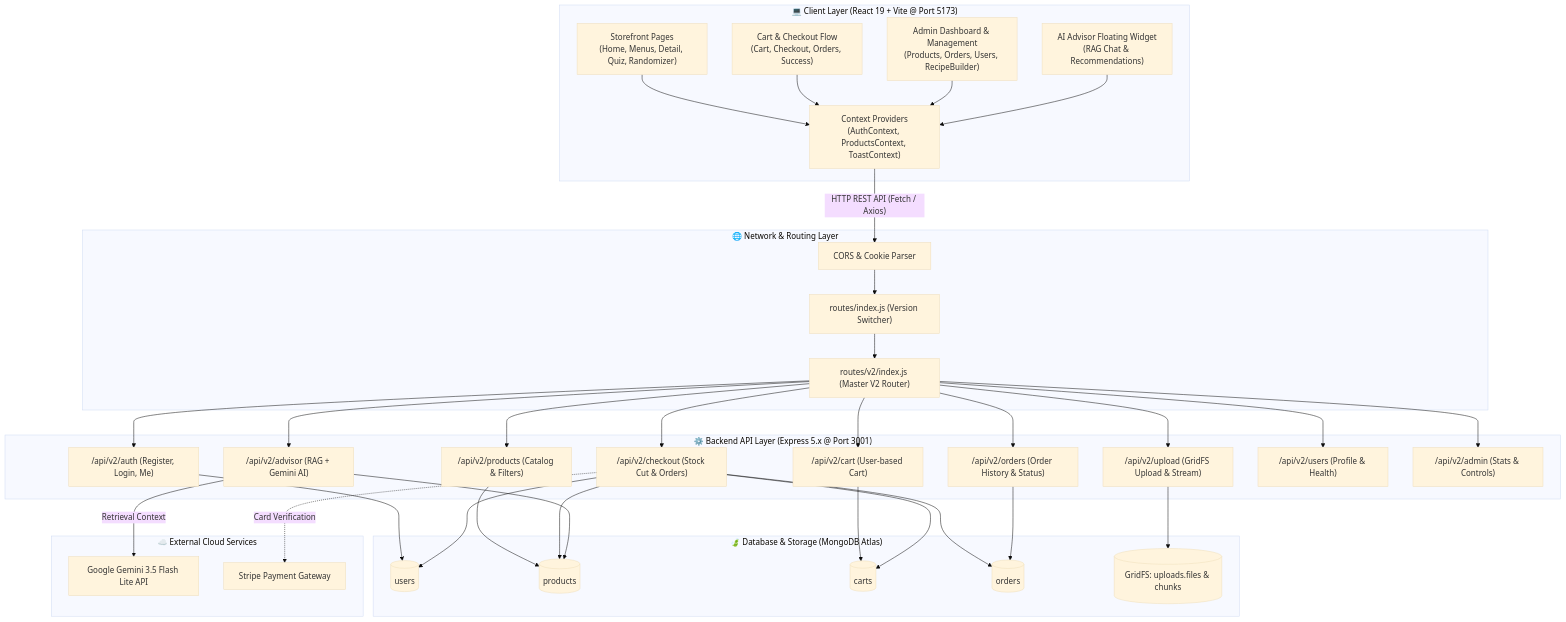
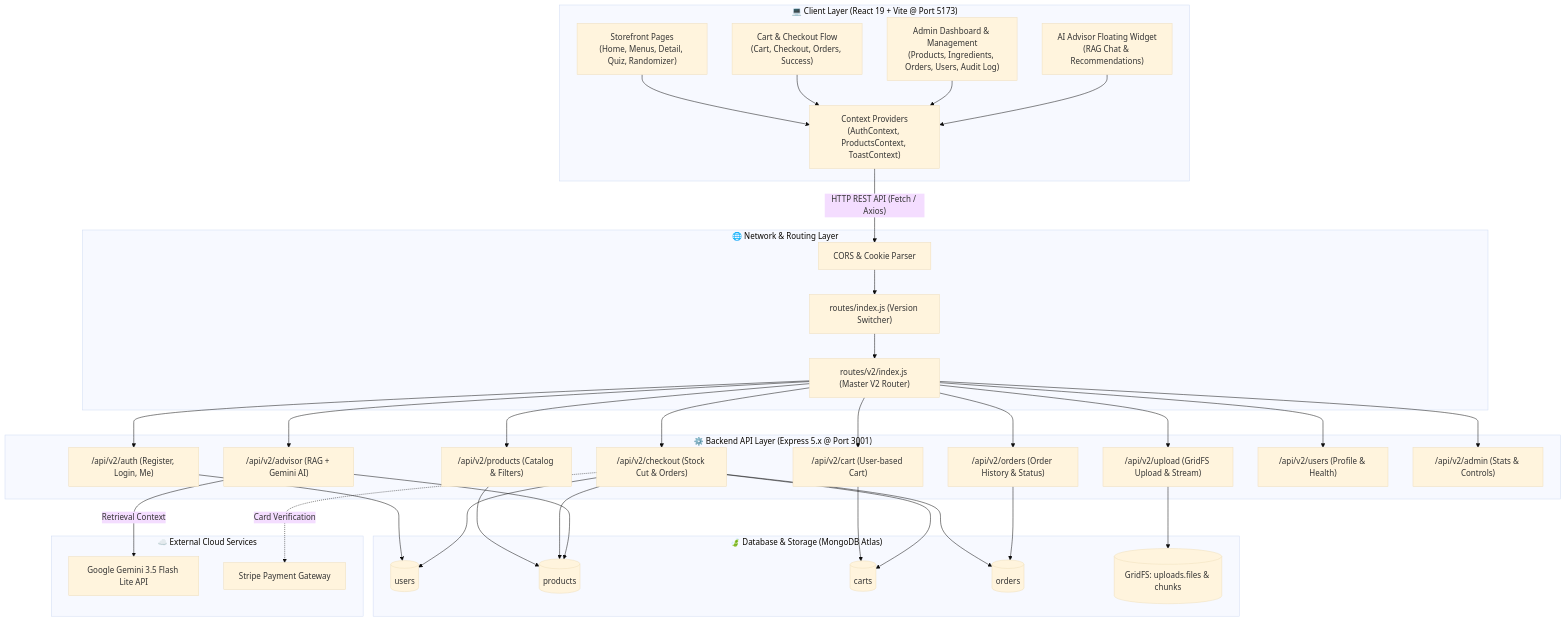
The diagram in README.md (DeltaZhou1997/JSD13-That-tae-project), drawn with Mermaid (base theme) before and after one commit. The commit also changed other lines of this file and 28 other files, not shown here.

Commit message:
fix ui admin add products

````diff
--- a/README.md
+++ b/README.md
@@ -75,62 +75,62 @@
 ```mermaid
 flowchart TB
     subgraph ClientLayer ["💻 Client Layer (React 19 + Vite @ Port 5173)"]
         UI["Storefront Pages\n(Home, Menus, Detail, Quiz, Randomizer)"]
         CartCheckout["Cart & Checkout Flow\n(Cart, Checkout, Orders, Success)"]
-        AdminUI["Admin Dashboard & Management\n(Products, Orders, Users, RecipeBuilder)"]
+        AdminUI["Admin Dashboard & Management\n(Products, Ingredients, Orders, Users, Audit Log)"]
         AIWidget["AI Advisor Floating Widget\n(RAG Chat & Recommendations)"]
         ClientContext["Context Providers\n(AuthContext, ProductsContext, ToastContext)"]
     end
 
     subgraph NetworkLayer ["🌐 Network & Routing Layer"]
         CORS["CORS & Cookie Parser"]
         MainRouter["routes/index.js (Version Switcher)"]
         V2Router["routes/v2/index.js (Master V2 Router)"]
     end
 
     subgraph ServerLayer ["⚙️ Backend API Layer (Express 5.x @ Port 3001)"]
         AuthRoute["/api/v2/auth (Register, Login, Me)"]
         ProductRoute["/api/v2/products (Catalog & Filters)"]
         CartRoute["/api/v2/cart (User-based Cart)"]
         CheckoutRoute["/api/v2/checkout (Stock Cut & Orders)"]
         OrderRoute["/api/v2/orders (Order History & Status)"]
         UploadRoute["/api/v2/upload (GridFS Upload & Stream)"]
         AdvisorRoute["/api/v2/advisor (RAG + Gemini AI)"]
         UserRoute["/api/v2/users (Profile & Health)"]
         AdminRoute["/api/v2/admin (Stats & Controls)"]
     end
 
     subgraph DatabaseLayer ["🍃 Database & Storage (MongoDB Atlas)"]
         MongoUsers[("users")]
         MongoProducts[("products")]
         MongoCarts[("carts")]
         MongoOrders[("orders")]
         MongoGridFS[("GridFS: uploads.files & chunks")]
     end
 
     subgraph ExternalServices ["☁️ External Cloud Services"]
         GeminiAPI["Google Gemini 3.5 Flash Lite API"]
         StripeAPI["Stripe Payment Gateway"]
     end
 
     UI --> ClientContext
     CartCheckout --> ClientContext
     AdminUI --> ClientContext
     AIWidget --> ClientContext
 
     ClientContext -->|"HTTP REST API (Fetch / Axios)"| CORS
     CORS --> MainRouter
     MainRouter --> V2Router
 
     V2Router --> AuthRoute & ProductRoute & CartRoute & CheckoutRoute & OrderRoute & UploadRoute & AdvisorRoute & UserRoute & AdminRoute
 
     AuthRoute --> MongoUsers
     ProductRoute --> MongoProducts
     CartRoute --> MongoCarts
     CheckoutRoute --> MongoOrders & MongoProducts & MongoUsers & MongoCarts
     OrderRoute --> MongoOrders
     UploadRoute --> MongoGridFS
     AdvisorRoute --> MongoProducts
     AdvisorRoute -->|"Retrieval Context"| GeminiAPI
     CheckoutRoute -.->|"Card Verification"| StripeAPI
 ```
````
